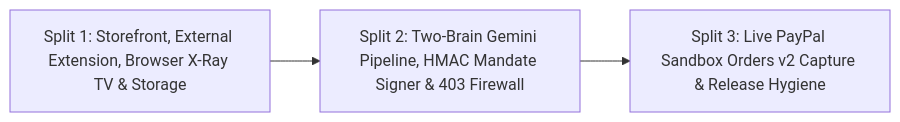
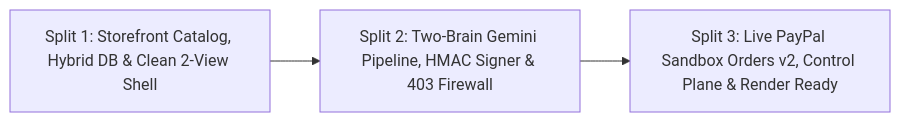
Before and after one commit to bhargava562/paypass-agent: the diagram in docs/04-THREE-SPLIT-EXECUTION-PLAN.md, drawn with Mermaid. The commit also changed other lines of this file and 28 other files, not shown here.

Commit message:
feat(split-3): Control Plane + Storefront 2-view MVP, live PayPal Sandbox Orders v2, security hardening, Render blueprint, and 29 passing tests

````diff
--- a/docs/04-THREE-SPLIT-EXECUTION-PLAN.md
+++ b/docs/04-THREE-SPLIT-EXECUTION-PLAN.md
@@ -11,5 +9,5 @@
 ```mermaid
 flowchart LR
-    S1["Split 1: Storefront, External Extension, Browser X-Ray TV & Storage"] --> S2["Split 2: Two-Brain Gemini Pipeline, HMAC Mandate Signer & 403 Firewall"]
-    S2 --> S3["Split 3: Live PayPal Sandbox Orders v2 Capture & Release Hygiene"]
+    S1["Split 1: Storefront Catalog, Hybrid DB & Clean 2-View Shell"] --> S2["Split 2: Two-Brain Gemini Pipeline, HMAC Signer & 403 Firewall"]
+    S2 --> S3["Split 3: Live PayPal Sandbox Orders v2, Control Plane & Render Ready"]
 ```
````
